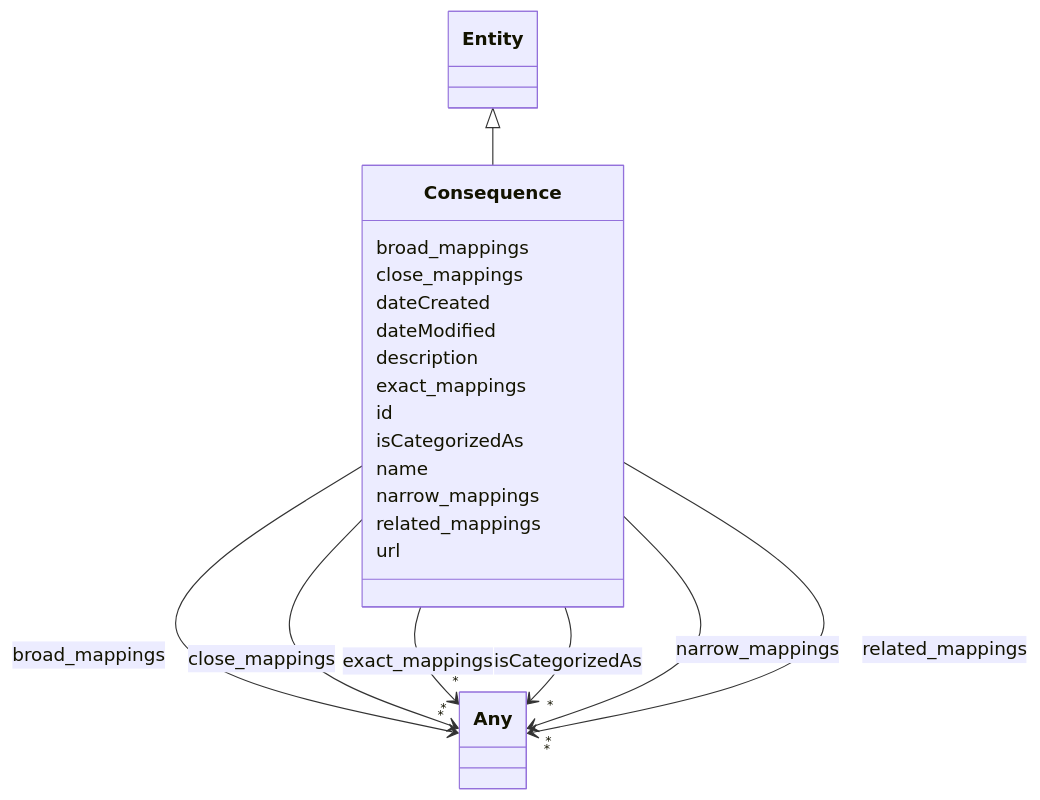
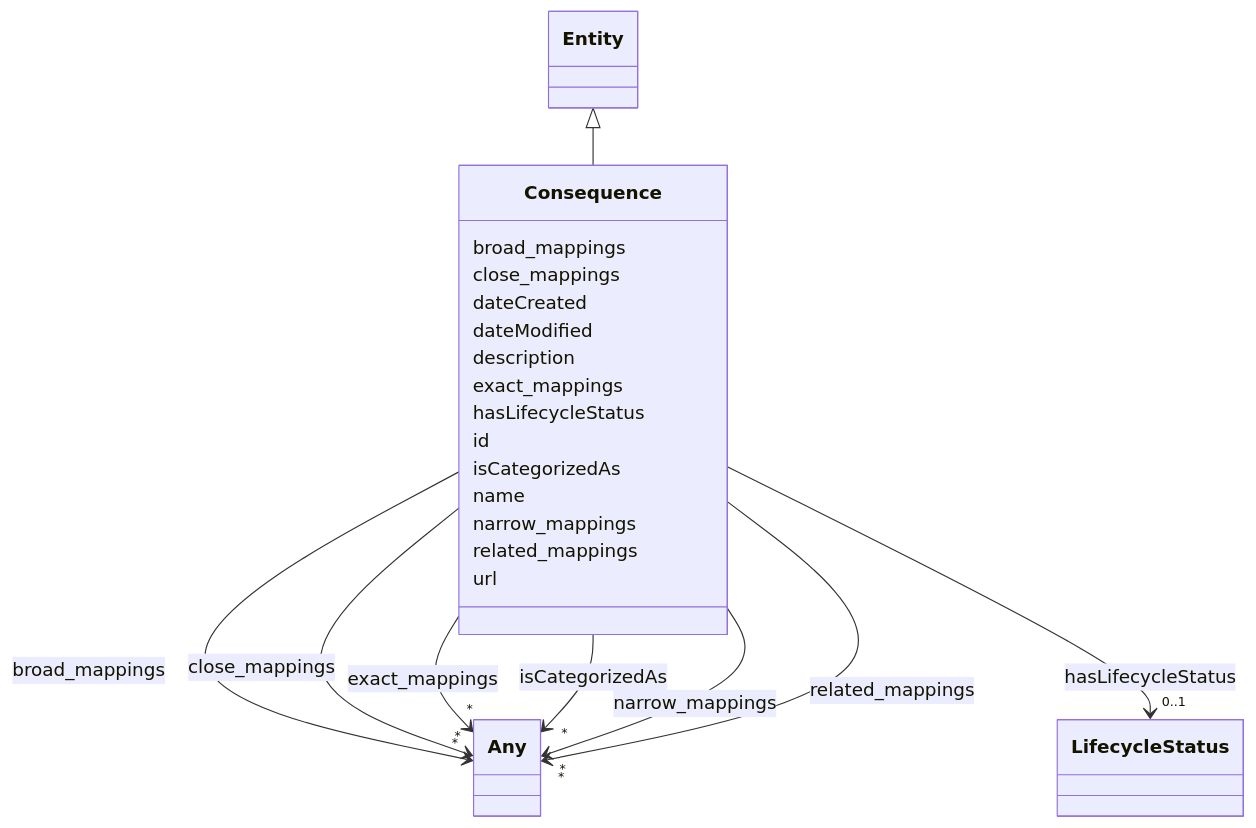
The diagram in docs/ontology/Consequence.md (ingelise/risk-atlas-nexus), drawn with Mermaid before and after one commit. The commit also changed other lines of this file and 206 other files, not shown here.

```diff
--- a/docs/ontology/Consequence.md
+++ b/docs/ontology/Consequence.md
@@ -55,6 +55,17 @@
 
 
 
+      Consequence : hasLifecycleStatus
+
+
+
+
+
+        Consequence --> "0..1" LifecycleStatus : hasLifecycleStatus
+        click LifecycleStatus href "../LifecycleStatus/"
+
+
+
       Consequence : id
 
       Consequence : isCategorizedAs
```
